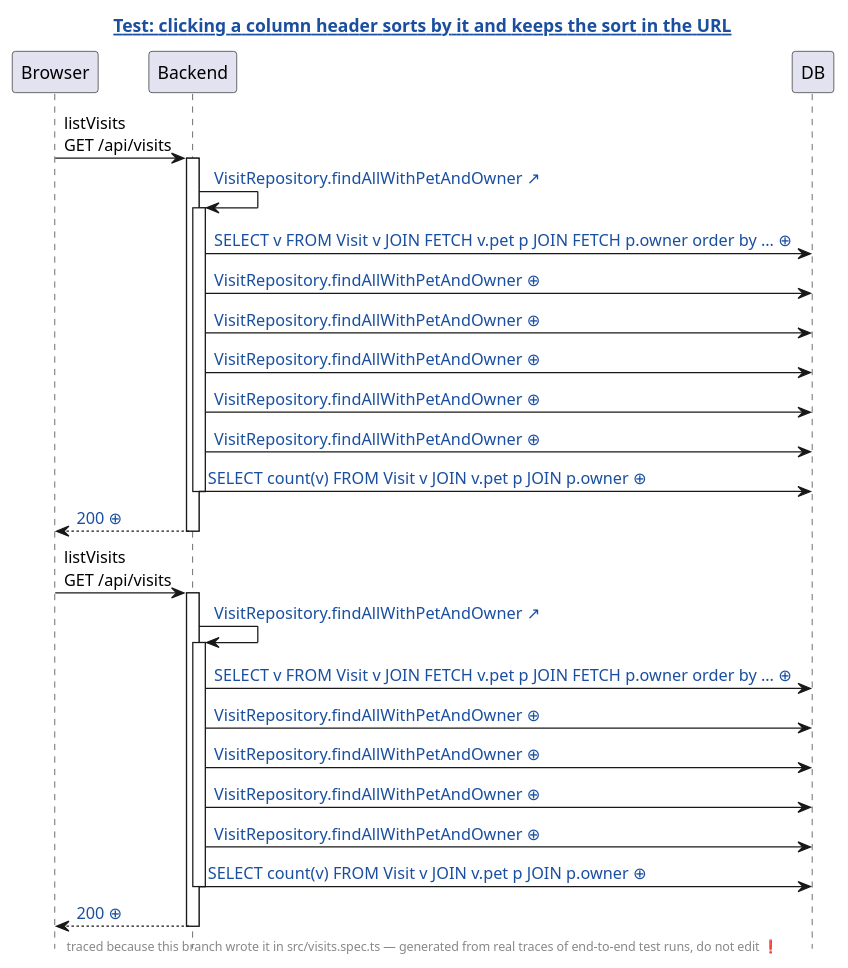
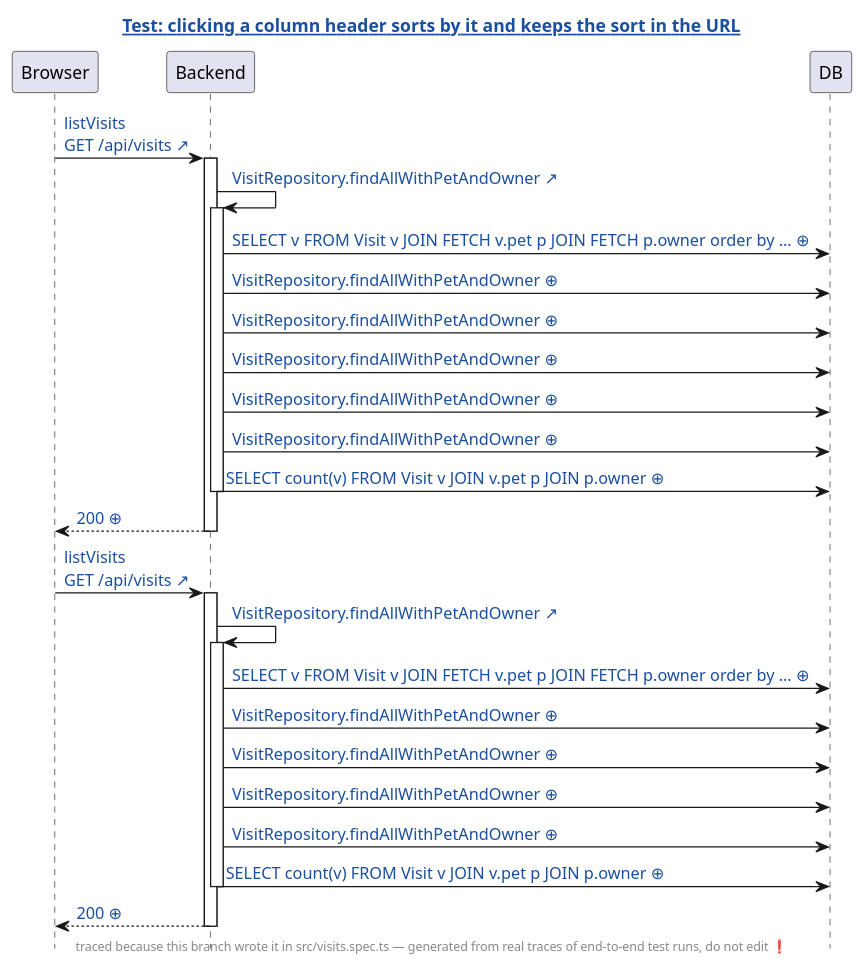
One commit to victorrentea/human-review changed the diagram in demo/demo2/assets/diagrams/petclinic-test_generated_visits.spec.ts.clicking-a-column-header-sorts-by-it-and-keeps-the-sort-in-the-url.genseq.diff.puml. Above: the diagram before and after it, drawn with PlantUML. The commit also changed 130 other files, not shown here.

```diff
--- a/demo/demo2/assets/diagrams/petclinic-test_generated_visits.spec.ts.clicking-a-column-header-sorts-by-it-and-keeps-the-sort-in-the-url.genseq.diff.puml
+++ b/demo/demo2/assets/diagrams/petclinic-test_generated_visits.spec.ts.clicking-a-column-header-sorts-by-it-and-keeps-the-sort-in-the-url.genseq.diff.puml
@@ -1,40 +1,40 @@
 @startuml
 ' ⚠️  GENERATED FILE — DO NOT EDIT. Every edit is lost on the next run.
 hide footbox
 skinparam hyperlinkUnderline false
 skinparam hyperlinkColor #1A4FA0
 skinparam sequenceGroupFontColor #888888
 skinparam sequenceGroupFontStyle plain
 title [[src://petclinic-test/src/visits.spec.ts:47{Click to open the test} Test: clicking a column header sorts by it and keeps the sort in the URL]]
 footer traced because this branch wrote it in src/visits.spec.ts — generated from real traces of end-to-end test runs, do not edit ❗
 participant Browser
 participant Backend
 participant DB
-Browser -> Backend: listVisits\nGET /api/visits
+Browser -> Backend: [[src://petclinic-frontend/src/app/visits/visits-page/visits-page.component.ts:50{Click to open the line that sent this request: visits-page.component.ts:50} listVisits\nGET /api/visits ↗]]
 activate Backend
 Backend -> Backend: [[src://petclinic-backend/src/main/java/victor/training/petclinic/repository/VisitRepository.java:22{Click to open VisitRepository.findAllWithPetAndOwner} VisitRepository.findAllWithPetAndOwner ↗]]
 activate Backend
 Backend -> DB: [[genseq://114roce{Click for the statement behind this call} SELECT v FROM Visit v JOIN FETCH v.pet p JOIN FETCH p.owner order by … ⊕]]
 Backend -> DB: [[genseq://070fg5f{Click for the statement behind this call} VisitRepository.findAllWithPetAndOwner ⊕]]
 Backend -> DB: [[genseq://0xm9qzg{Click for the statement behind this call} VisitRepository.findAllWithPetAndOwner ⊕]]
 Backend -> DB: [[genseq://1heb9yw{Click for the statement behind this call} VisitRepository.findAllWithPetAndOwner ⊕]]
 Backend -> DB: [[genseq://094wceq{Click for the statement behind this call} VisitRepository.findAllWithPetAndOwner ⊕]]
 Backend -> DB: [[genseq://0cvbten{Click for the statement behind this call} VisitRepository.findAllWithPetAndOwner ⊕]]
 Backend -> DB: [[genseq://0gohwr7{Click for the statement behind this call} SELECT count(v) FROM Visit v JOIN v.pet p JOIN p.owner ⊕]]
 deactivate Backend
 Backend --> Browser: [[genseq://1gl89nl{Click for this call’s JSON body} 200 ⊕]]
 deactivate Backend
-Browser -> Backend: listVisits\nGET /api/visits
+Browser -> Backend: [[src://petclinic-frontend/src/app/visits/visits-page/visits-page.component.ts:63{Click to open the line that sent this request: visits-page.component.ts:86 ← visits-page.component.ts:63 ← visits-page.component.html:15} listVisits\nGET /api/visits ↗]]
 activate Backend
 Backend -> Backend: [[src://petclinic-backend/src/main/java/victor/training/petclinic/repository/VisitRepository.java:22{Click to open VisitRepository.findAllWithPetAndOwner} VisitRepository.findAllWithPetAndOwner ↗]]
 activate Backend
 Backend -> DB: [[genseq://19w8crk{Click for the statement behind this call} SELECT v FROM Visit v JOIN FETCH v.pet p JOIN FETCH p.owner order by … ⊕]]
 Backend -> DB: [[genseq://0cvbten{Click for the statement behind this call} VisitRepository.findAllWithPetAndOwner ⊕]]
 Backend -> DB: [[genseq://0i1m34t{Click for the statement behind this call} VisitRepository.findAllWithPetAndOwner ⊕]]
 Backend -> DB: [[genseq://1heb9yw{Click for the statement behind this call} VisitRepository.findAllWithPetAndOwner ⊕]]
 Backend -> DB: [[genseq://0xm9qzg{Click for the statement behind this call} VisitRepository.findAllWithPetAndOwner ⊕]]
 Backend -> DB: [[genseq://0gohwr7{Click for the statement behind this call} SELECT count(v) FROM Visit v JOIN v.pet p JOIN p.owner ⊕]]
 deactivate Backend
 Backend --> Browser: [[genseq://0i7raod{Click for this call’s JSON body} 200 ⊕]]
 deactivate Backend
 @enduml
```
